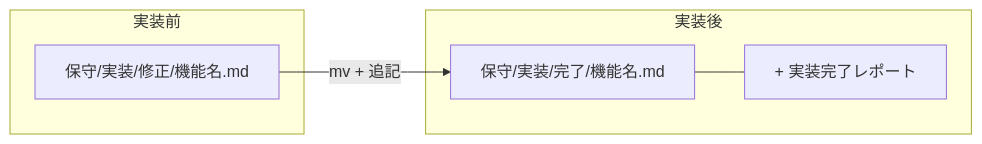
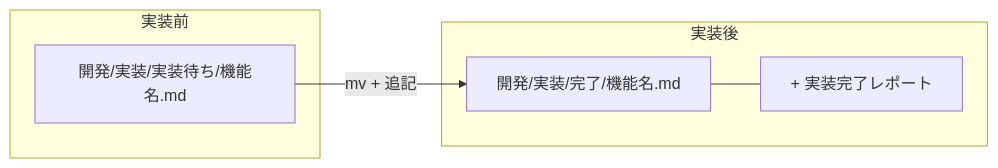
The second of 2 diagrams in .claude/agents/reporter.md (nyan-tama/Ghostrunner), drawn with Mermaid before and after one commit. The commit also changed other lines of this file, not shown here.

````diff
--- a/.claude/agents/reporter.md
+++ b/.claude/agents/reporter.md
@@ -215,14 +215,14 @@
 ```mermaid
 flowchart LR
     subgraph Before["実装前"]
-        SPEC_BEFORE["保守/実装/修正/機能名.md"]
+        SPEC_BEFORE["開発/実装/実装待ち/機能名.md"]
     end
 
     subgraph After["実装後"]
-        SPEC_AFTER["保守/実装/完了/機能名.md"]
+        SPEC_AFTER["開発/実装/完了/機能名.md"]
         REPORT["+ 実装完了レポート"]
     end
 
     SPEC_BEFORE -->|"mv + 追記"| SPEC_AFTER
     SPEC_AFTER --- REPORT
 ```
````
